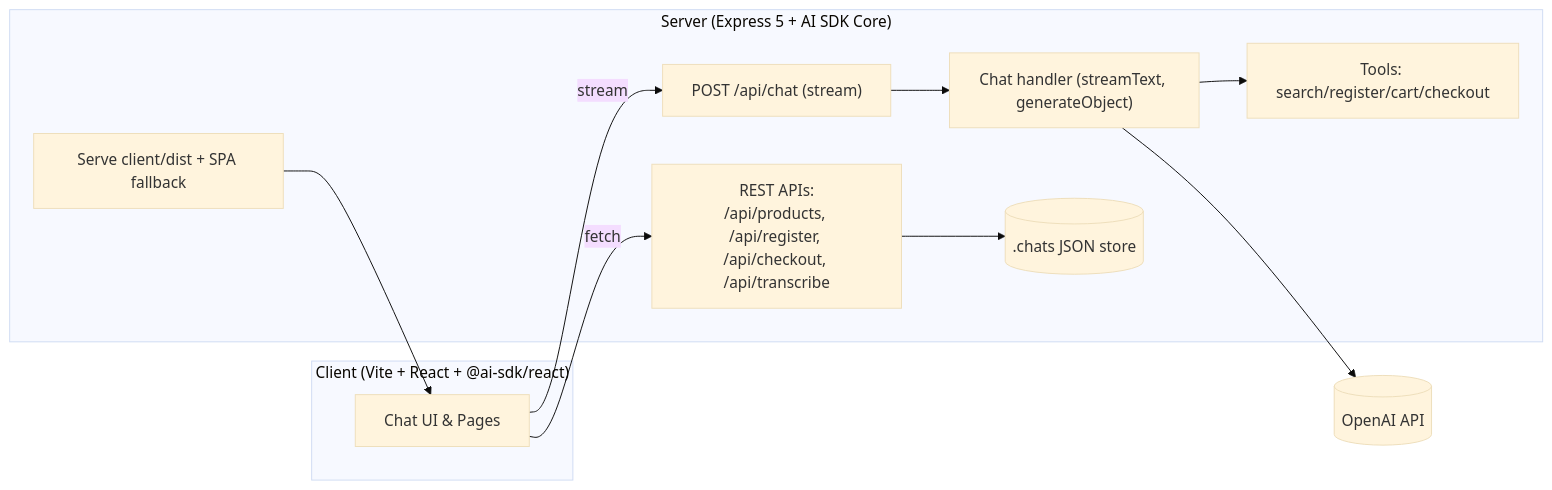
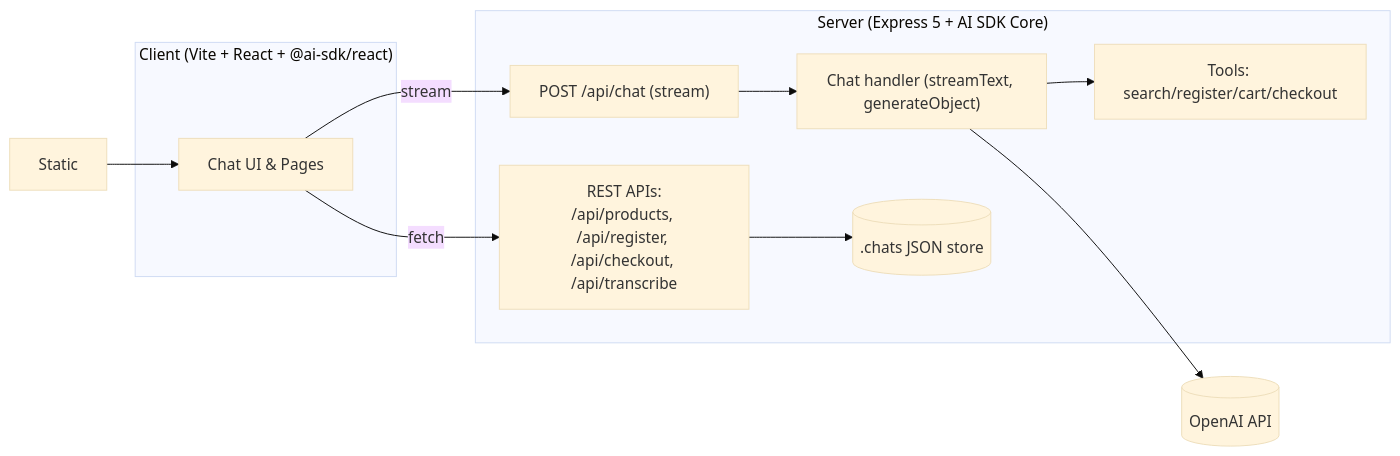
One commit to andrader/procure-flow changed the first of 2 diagrams in README.md. Above: the diagram before and after it, drawn with Mermaid (base theme). The commit also changed other lines of this file, not shown here.

Commit message:
feat: remove production SPA serving details from README.md

````diff
--- a/README.md
+++ b/README.md
@@ -37,25 +36,24 @@
 ```mermaid
 flowchart LR
 	subgraph Client["Client (Vite + React + @ai-sdk/react)"]
 		UI["Chat UI & Pages"]
 	end
 
 	subgraph Server["Server (Express 5 + AI SDK Core)"]
 		APIRoutes["REST APIs:\n/api/products, /api/register, /api/checkout, /api/transcribe"]
 		ChatRoute["POST /api/chat (stream)"]
 		Handler["Chat handler (streamText, generateObject)"]
 		ToolSet["Tools: search/register/cart/checkout"]
 		Store[(".chats JSON store")]
-		Static["Serve client/dist + SPA fallback"]
 	end
 
 	OpenAI[("OpenAI API")]
 
 	UI -->|fetch| APIRoutes
 	UI -->|stream| ChatRoute
 	ChatRoute --> Handler
 	Handler --> ToolSet
 	Handler --> OpenAI
 	APIRoutes --> Store
 	Static --> UI
 ```
````
